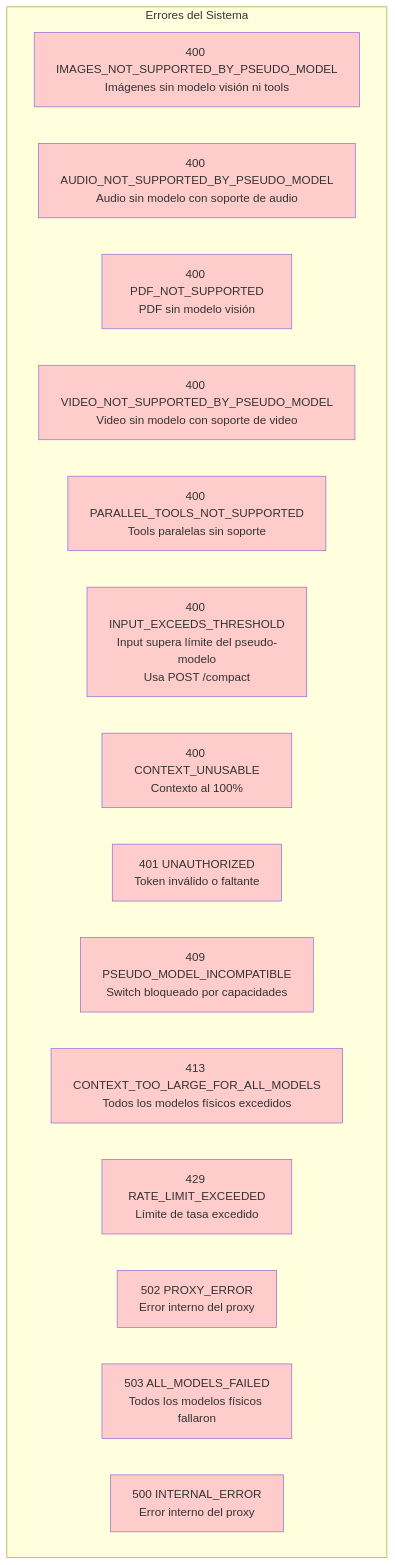
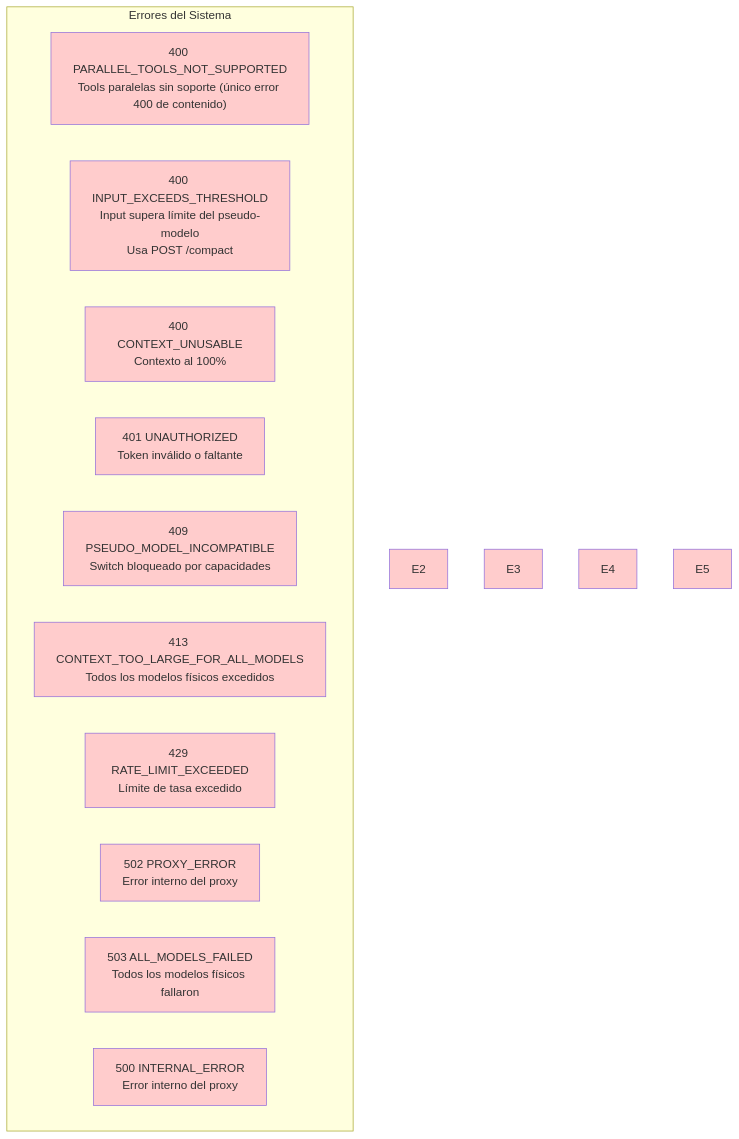
One commit to CesarGuzmanLopez/proxy-cesar changed diagram 12 of 12 in diagramas.md. Above: the diagram before and after it, drawn with Mermaid. The commit also changed other lines of this file and 5 other files, not shown here.

````diff
--- a/diagramas.md
+++ b/diagramas.md
@@ -633,34 +639,30 @@
 ```mermaid
 graph TD
     subgraph Errores["Errores del Sistema"]
-        E1["400 IMAGES_NOT_SUPPORTED_BY_PSEUDO_MODEL<br/>Imágenes sin modelo visión ni tools"]
-        E2["400 AUDIO_NOT_SUPPORTED_BY_PSEUDO_MODEL<br/>Audio sin modelo con soporte de audio"]
-        E3["400 PDF_NOT_SUPPORTED<br/>PDF sin modelo visión"]
-        E4["400 VIDEO_NOT_SUPPORTED_BY_PSEUDO_MODEL<br/>Video sin modelo con soporte de video"]
-        E5["400 PARALLEL_TOOLS_NOT_SUPPORTED<br/>Tools paralelas sin soporte"]
+        E1["400 PARALLEL_TOOLS_NOT_SUPPORTED<br/>Tools paralelas sin soporte (único error 400 de contenido)"]
         E6["400 INPUT_EXCEEDS_THRESHOLD<br/>Input supera límite del pseudo-modelo<br/>Usa POST /compact"]
         E7["400 CONTEXT_UNUSABLE<br/>Contexto al 100%"]
         E8["401 UNAUTHORIZED<br/>Token inválido o faltante"]
         E9["409 PSEUDO_MODEL_INCOMPATIBLE<br/>Switch bloqueado por capacidades"]
         E10["413 CONTEXT_TOO_LARGE_FOR_ALL_MODELS<br/>Todos los modelos físicos excedidos"]
         E11["429 RATE_LIMIT_EXCEEDED<br/>Límite de tasa excedido"]
         E12["502 PROXY_ERROR<br/>Error interno del proxy"]
         E13["503 ALL_MODELS_FAILED<br/>Todos los modelos físicos fallaron"]
         E14["500 INTERNAL_ERROR<br/>Error interno del proxy"]
     end
     
     style E1 fill:#ffcccc
     style E2 fill:#ffcccc
     style E3 fill:#ffcccc
     style E4 fill:#ffcccc
     style E5 fill:#ffcccc
     style E6 fill:#ffcccc
     style E7 fill:#ffcccc
     style E8 fill:#ffcccc
     style E9 fill:#ffcccc
     style E10 fill:#ffcccc
     style E11 fill:#ffcccc
     style E12 fill:#ffcccc
     style E13 fill:#ffcccc
     style E14 fill:#ffcccc
 ```
````
